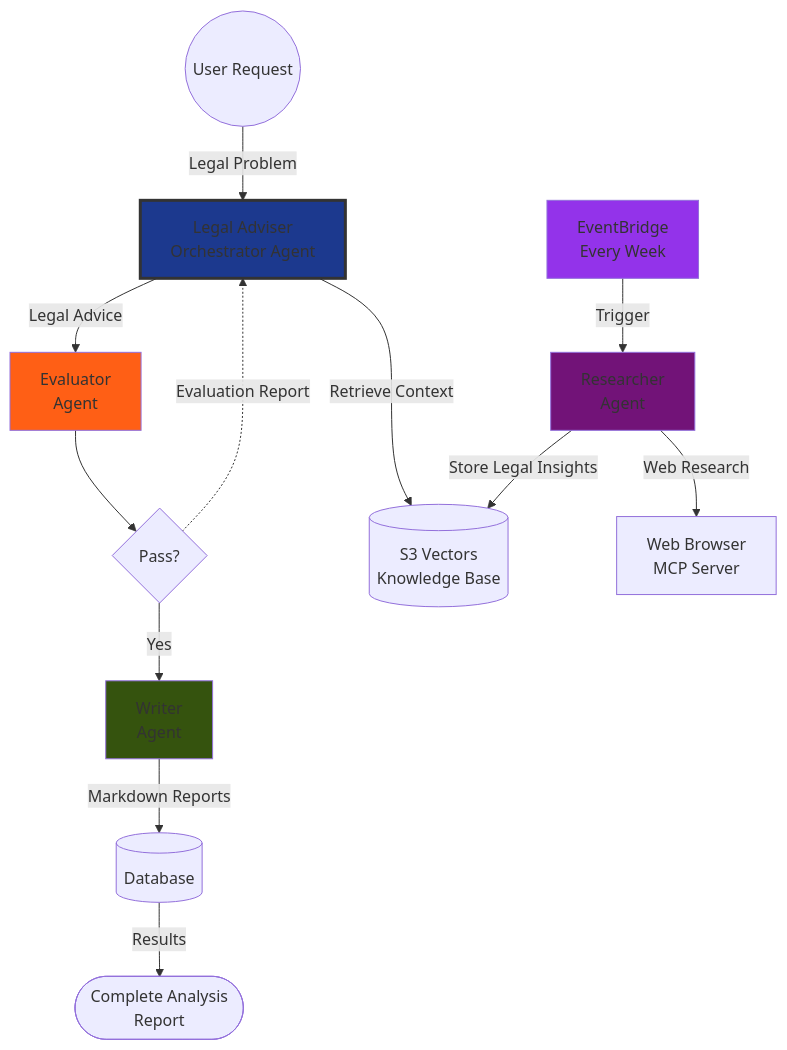
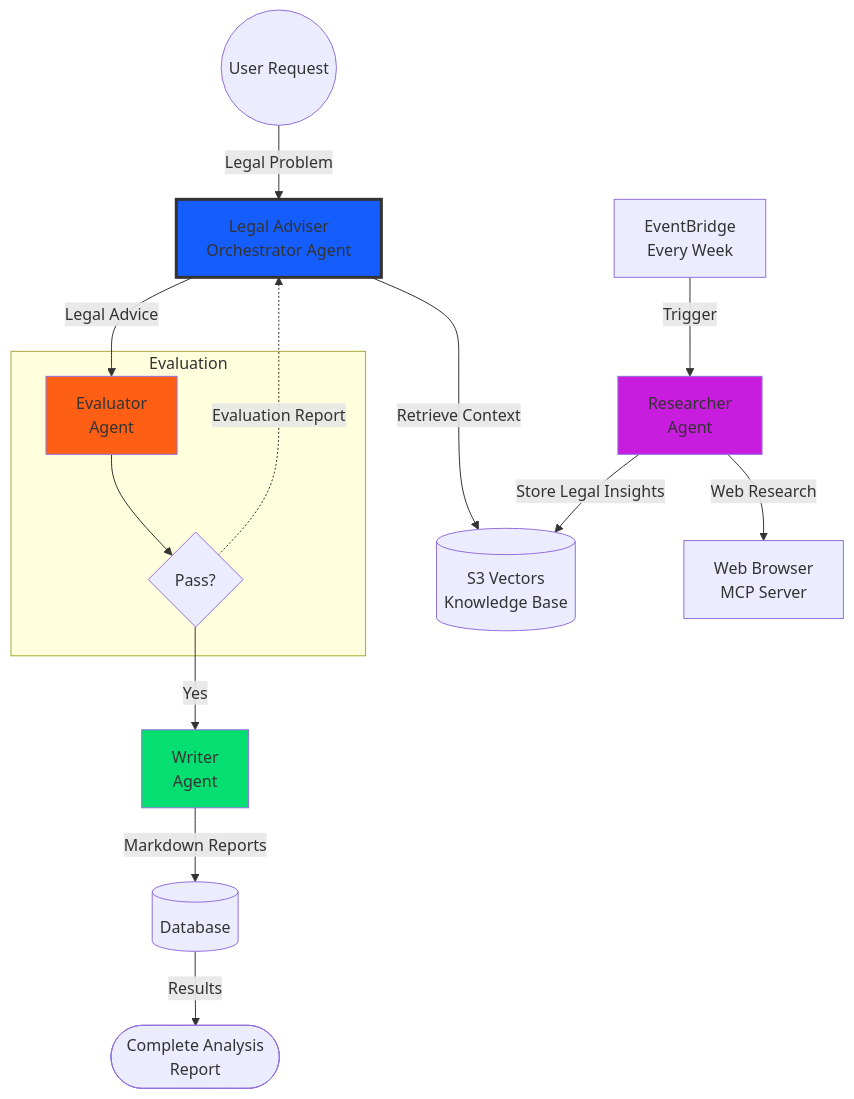
The diagram in README.md (thomasjuma/my-legal-companion), drawn with Mermaid before and after one commit.

Commit message:
Update README file.

````diff
--- a/README.md
+++ b/README.md
@@ -16,26 +16,28 @@
 ```mermaid
 graph TB
     User@{ shape: circle, label: "User Request" } -->|Legal Problem| Adviser[Legal Adviser<br/>Orchestrator Agent]
     
     Adviser -->|Legal Advice| Evaluator[Evaluator<br/>Agent]
     
+    subgraph Evaluation
     Evaluator --> Decision{Pass?}
+    end
+
     Decision -->|Yes| Writer[Writer<br/>Agent]
     Decision -.Evaluation Report.-> Adviser
 
     Writer -->|Markdown Reports| DB@{ shape: cyl, label: "Database" }
     
     DB -->|Results| Response@{ shape: stadium, label: "Complete Analysis<br/>Report" }
     
     Adviser --->|Retrieve Context| Vectors[(S3 Vectors<br/>Knowledge Base)]
     
     Schedule[EventBridge<br/>Every Week] -->|Trigger| Researcher[Researcher<br/>Agent]
     Researcher -->|Store Legal Insights| Vectors
     Researcher -->|Web Research| Browser[Web Browser<br/>MCP Server]
     
-    style Adviser fill:#1C398E,stroke:#333,stroke-width:3px
+    style Adviser fill:#155DFC,stroke:#333,stroke-width:3px
     style Evaluator fill:#FF5F15
-    style Writer fill:#35530E
-    style Schedule fill:#9333EA
-    style Researcher fill:#721378
+    style Writer fill:#05DF72
+    style Researcher fill:#C81CDE
 ```
````
